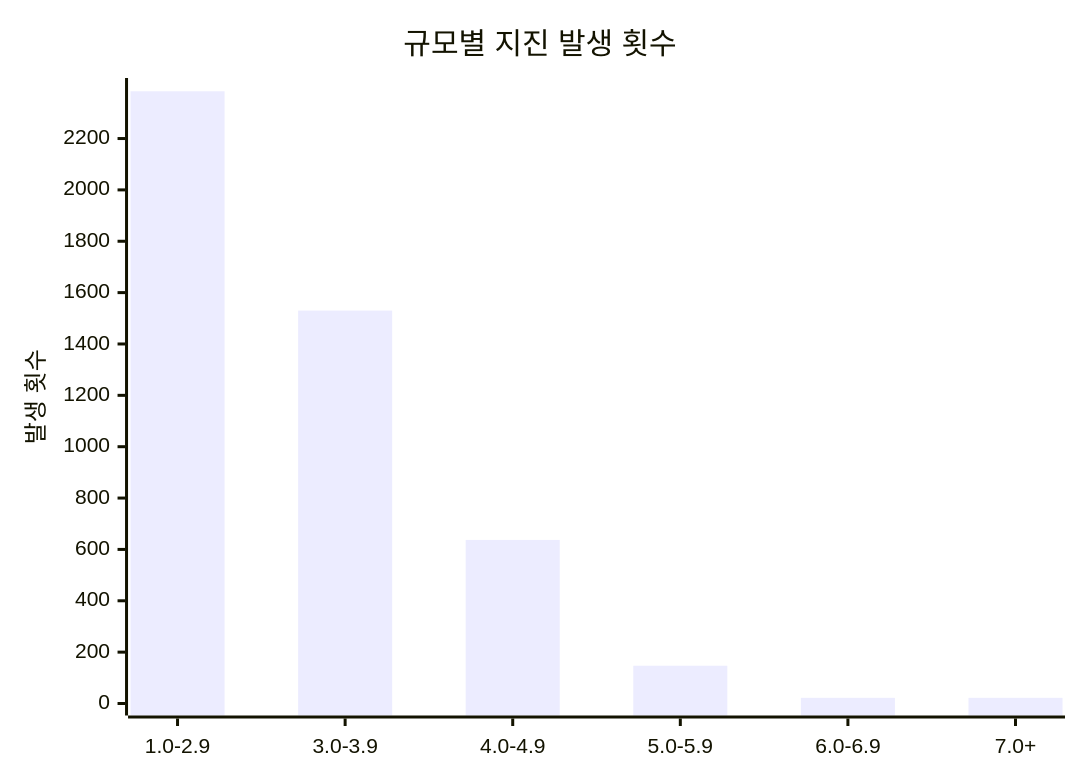
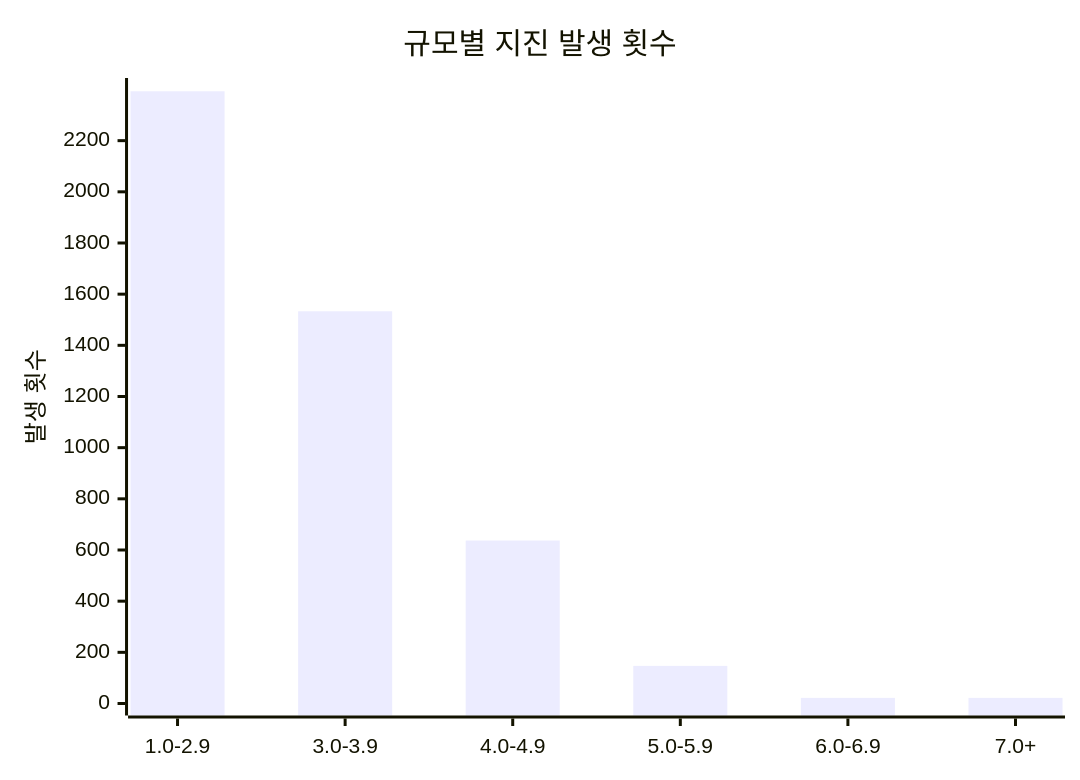
The diagram in charts/magnitude-chart.md (serendip811/japan-eq), drawn with Mermaid before and after one commit. The commit also changed other lines of this file and 5 other files, not shown here.

Commit message:
Update earthquake data and charts Wed Jul 29 08:33:38 UTC 2026

````diff
--- a/charts/magnitude-chart.md
+++ b/charts/magnitude-chart.md
@@ -3,7 +3,7 @@
 ```mermaid
 xychart-beta
     title "규모별 지진 발생 횟수"
     x-axis [1.0-2.9, 3.0-3.9, 4.0-4.9, 5.0-5.9, 6.0-6.9, 7.0+]
-    y-axis "발생 횟수" 0 --> 2389
-    bar [2384, 1530, 637, 147, 22, 22]
+    y-axis "발생 횟수" 0 --> 2398
+    bar [2393, 1533, 637, 147, 22, 22]
 ```
````
